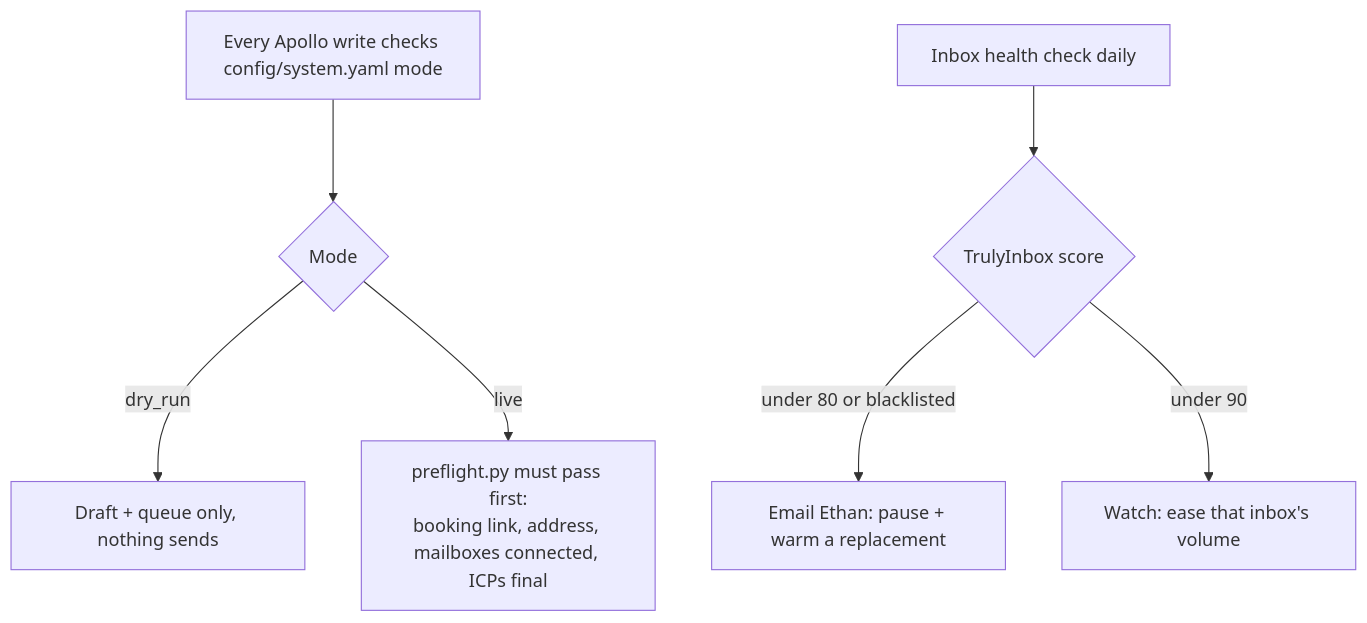
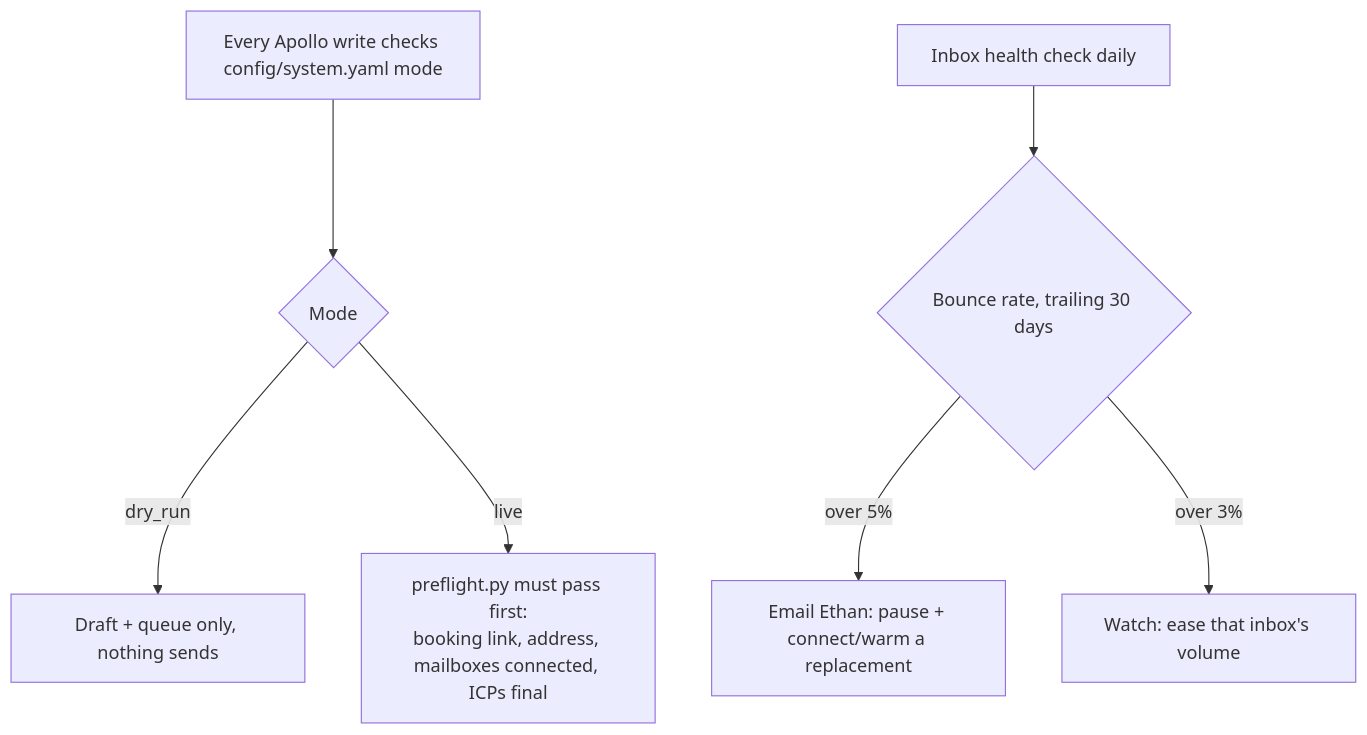
The fourth of 4 diagrams in docs/architecture.md (Polymer-Design/sales-cold-outreach), drawn with Mermaid before and after one commit. The commit also changed other lines of this file and 14 other files, not shown here.

````diff
--- a/docs/architecture.md
+++ b/docs/architecture.md
@@ -73,9 +73,9 @@
 ```mermaid
 flowchart TD
     M1[Every Apollo write checks config/system.yaml mode] --> M2{Mode}
     M2 -->|dry_run| M3[Draft + queue only, nothing sends]
     M2 -->|live| M4[preflight.py must pass first:<br/>booking link, address, mailboxes connected, ICPs final]
-    N1[Inbox health check daily] --> N2{TrulyInbox score}
-    N2 -->|under 80 or blacklisted| N3[Email Ethan: pause + warm a replacement]
-    N2 -->|under 90| N4[Watch: ease that inbox's volume]
+    N1[Inbox health check daily] --> N2{Bounce rate, trailing 30 days}
+    N2 -->|over 5%| N3[Email Ethan: pause + connect/warm a replacement]
+    N2 -->|over 3%| N4[Watch: ease that inbox's volume]
 ```
````
